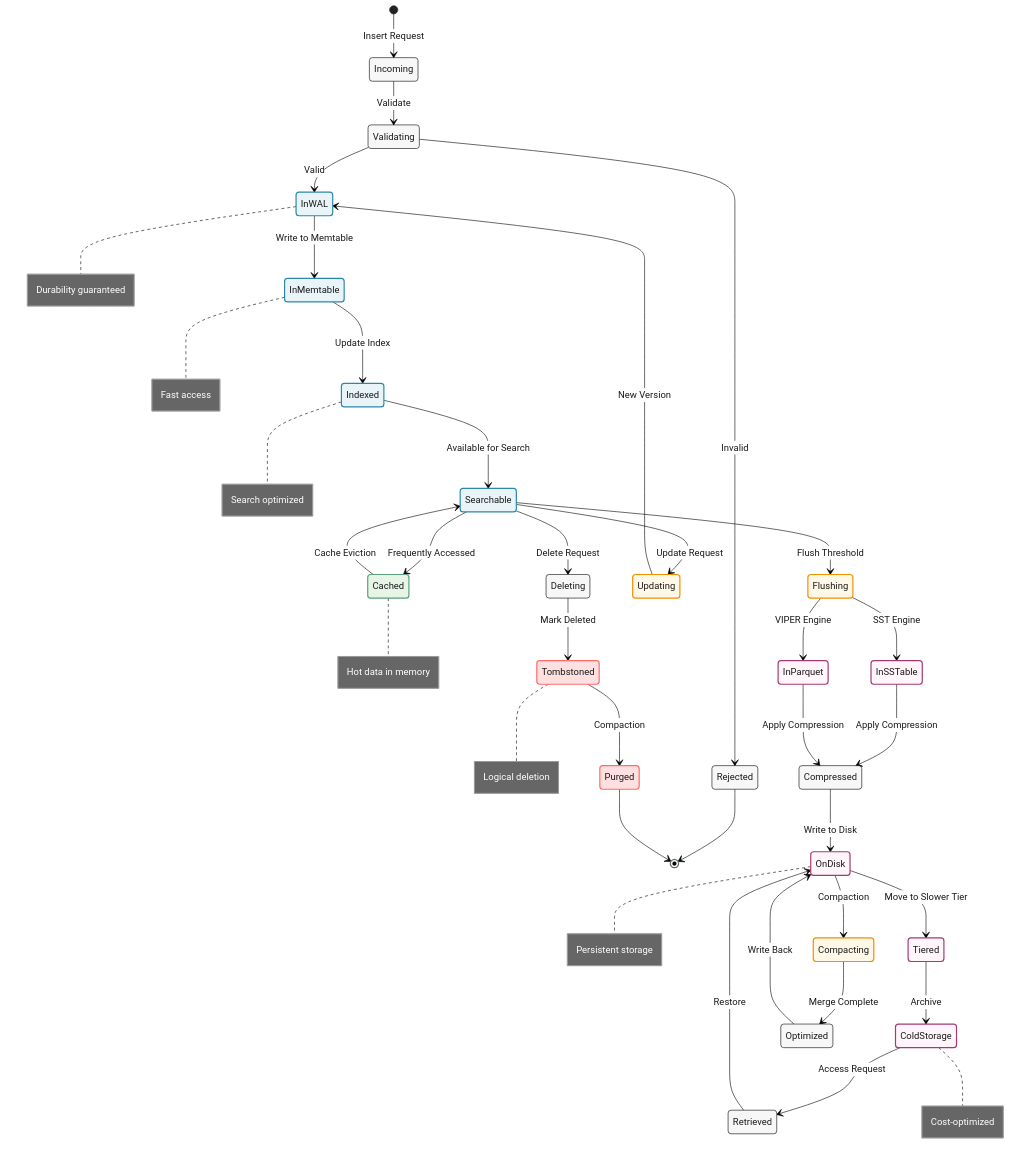
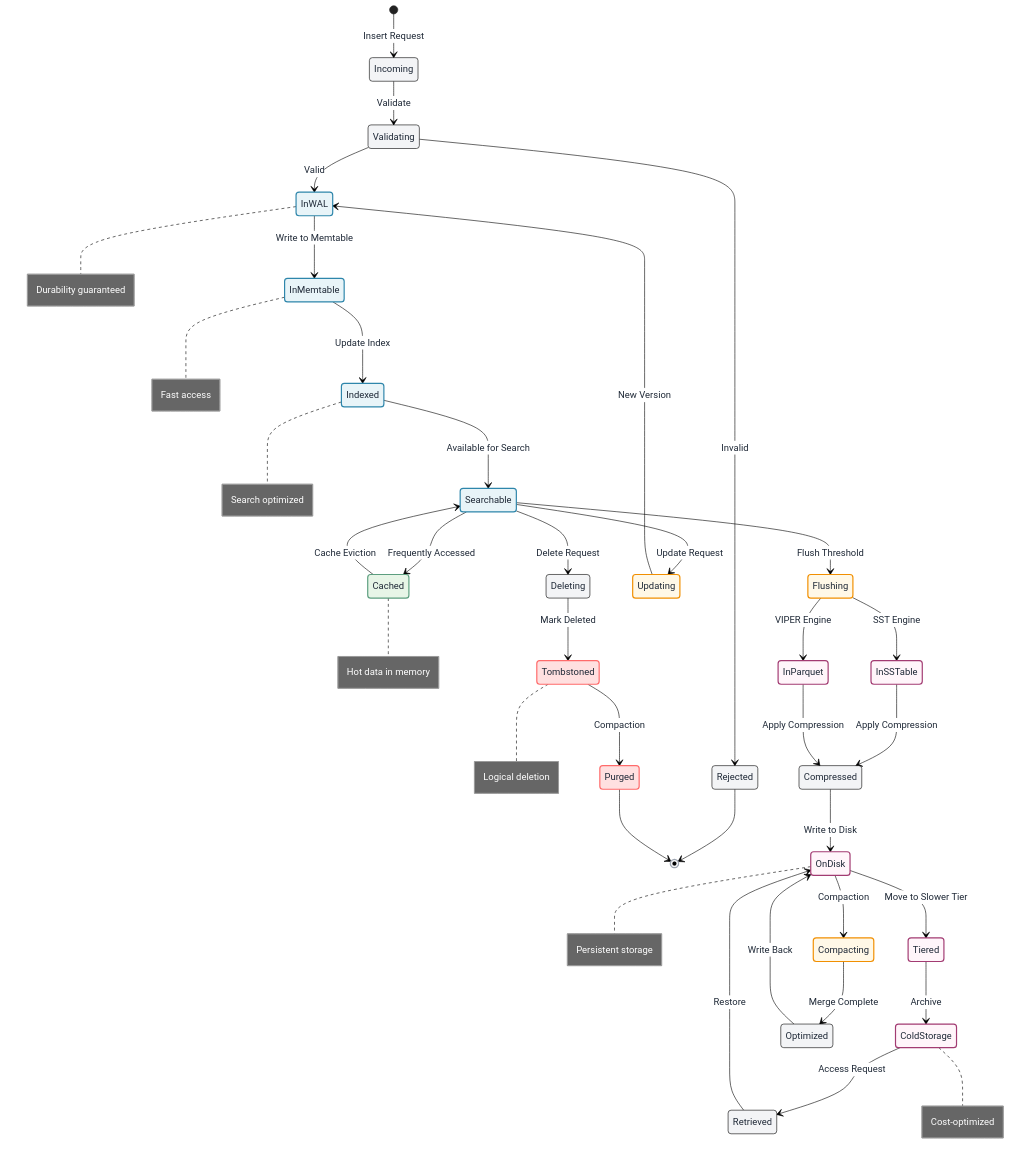
One commit to vjsingh1984/proximaDB changed the diagram in docs/diagrams/vector-lifecycle-state.mmd. Above: the diagram before and after it, drawn with Mermaid. The commit also changed 21 other files, not shown here.

First line of the commit message:
refactor: update diagrams to reflect current codebase naming

```diff
--- a/docs/diagrams/vector-lifecycle-state.mmd
+++ b/docs/diagrams/vector-lifecycle-state.mmd
@@ -1,62 +1,62 @@
-%%{init: {'theme':'neutral', 'themeVariables': {'primaryColor':'#2E86AB','primaryTextColor':'#1A1A1A','primaryBorderColor':'#2E86AB','lineColor':'#5C6B73','secondaryColor':'#A23B72','tertiaryColor':'#F18F01','background':'transparent','mainBkg':'#F7F7F7','textColor':'#1A1A1A'}}}%%
+%%{init: {'theme':'neutral', 'themeVariables': {'primaryColor':'#3b82f6','primaryTextColor':'#1f2937','primaryBorderColor':'#6b7280','lineColor':'#9ca3af','secondaryColor':'#10b981','tertiaryColor':'#f59e0b','background':'transparent','mainBkg':'#f3f4f6','secondBkg':'#e5e7eb','textColor':'#1f2937'}}}%%
 stateDiagram-v2
     [*] --> Incoming: Insert Request
     
     Incoming --> Validating: Validate
     Validating --> Rejected: Invalid
     Rejected --> [*]
     
     Validating --> InWAL: Valid
     InWAL --> InMemtable: Write to Memtable
     
     InMemtable --> Indexed: Update Index
     Indexed --> Searchable: Available for Search
     
     Searchable --> Cached: Frequently Accessed
     Searchable --> Flushing: Flush Threshold
     Cached --> Searchable: Cache Eviction
     
     Flushing --> InSSTable: SST Engine
     Flushing --> InParquet: VIPER Engine
     
     InSSTable --> Compressed: Apply Compression
     InParquet --> Compressed: Apply Compression
     
     Compressed --> OnDisk: Write to Disk
     OnDisk --> Tiered: Move to Slower Tier
     
     Tiered --> ColdStorage: Archive
     ColdStorage --> Retrieved: Access Request
     Retrieved --> OnDisk: Restore
     
     OnDisk --> Compacting: Compaction
     Compacting --> Optimized: Merge Complete
     Optimized --> OnDisk: Write Back
     
     Searchable --> Updating: Update Request
     Updating --> InWAL: New Version
     
     Searchable --> Deleting: Delete Request
     Deleting --> Tombstoned: Mark Deleted
     Tombstoned --> Purged: Compaction
     Purged --> [*]
     
     note right of InWAL: Durability guaranteed
     note right of InMemtable: Fast access
     note right of Indexed: Search optimized
     note right of Cached: Hot data in memory
     note right of OnDisk: Persistent storage
     note right of ColdStorage: Cost-optimized
     note right of Tombstoned: Logical deletion
     
     classDef active fill:#E8F4F8,stroke:#2E86AB,stroke-width:2px
     classDef storage fill:#FFF5FA,stroke:#A23B72,stroke-width:2px
     classDef processing fill:#FFF8E7,stroke:#F18F01,stroke-width:2px
     classDef cached fill:#E7F5E7,stroke:#5C9E7F,stroke-width:2px
     classDef deleted fill:#FFE0E0,stroke:#FF6B6B,stroke-width:2px
     
     class InWAL,InMemtable,Indexed,Searchable active
     class InSSTable,InParquet,OnDisk,Tiered,ColdStorage storage
     class Flushing,Compacting,Updating processing
     class Cached cached
     class Tombstoned,Purged deleted
```
